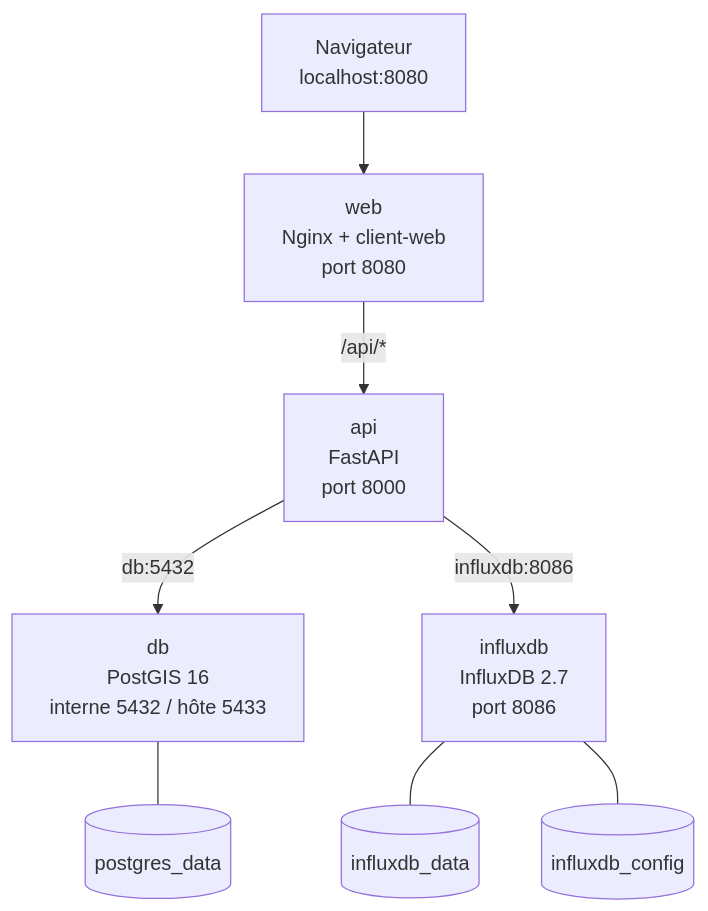
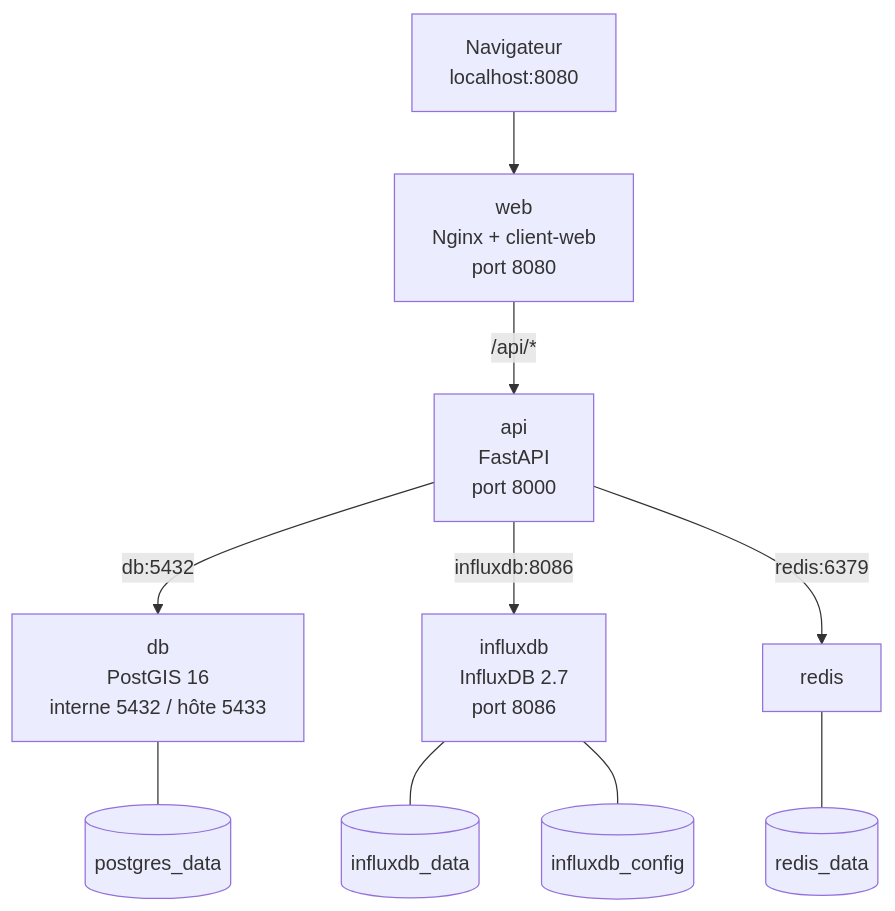
The second of 6 diagrams in docs/architecture.md (ecoterritoire/ecoterritoire), drawn with Mermaid before and after one commit. The commit also changed other lines of this file and 20 other files, not shown here.

````diff
--- a/docs/architecture.md
+++ b/docs/architecture.md
@@ -37,19 +37,22 @@
 ```mermaid
 flowchart TB
     browser[Navigateur\nlocalhost:8080]
     web[web\nNginx + client-web\nport 8080]
     api[api\nFastAPI\nport 8000]
     db[db\nPostGIS 16\ninterne 5432 / hôte 5433]
     influx[influxdb\nInfluxDB 2.7\nport 8086]
     pgvolume[(postgres_data)]
     influxvolume[(influxdb_data)]
     configvolume[(influxdb_config)]
+    redisvolume[(redis_data)]
 
     browser --> web
     web -->|/api/*| api
     api -->|db:5432| db
     api -->|influxdb:8086| influx
+    api -->|redis:6379| redis
     db --- pgvolume
     influx --- influxvolume
     influx --- configvolume
+    redis --- redisvolume
 ```
````
